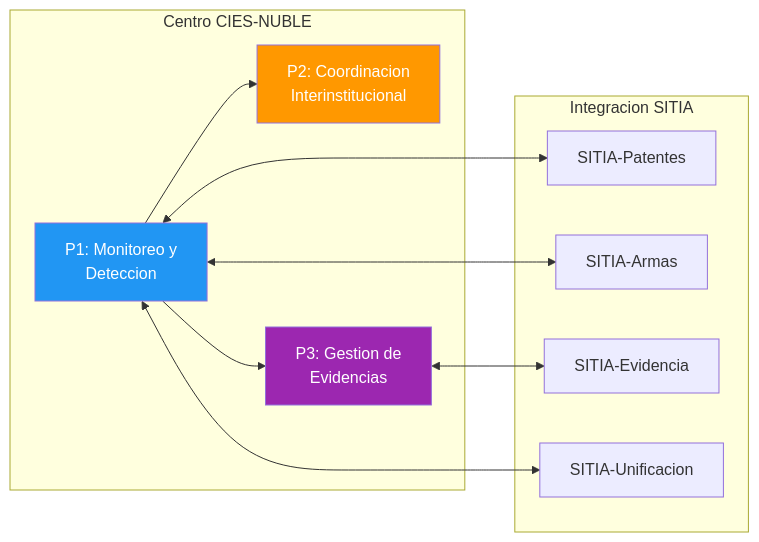
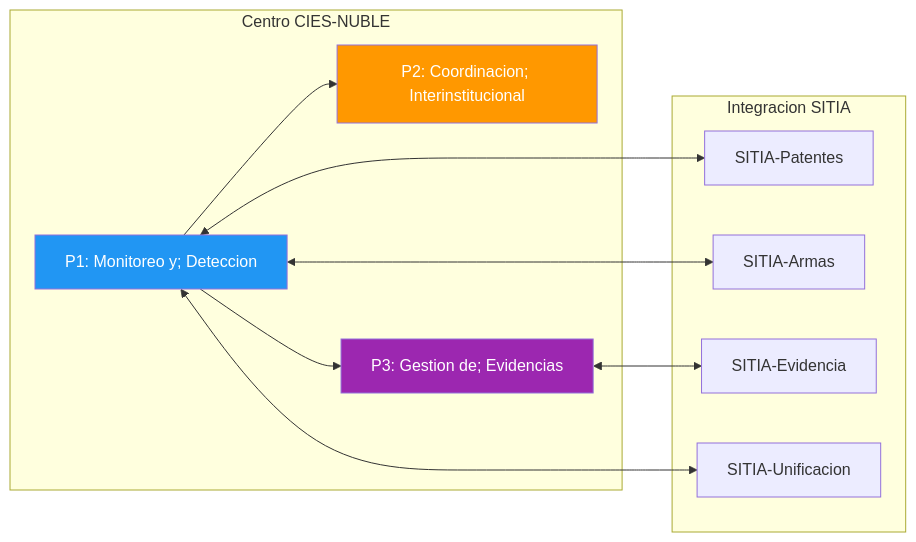
Before and after one commit to felix-antonio-sl/kora: the first of 8 diagrams in KNOWLEDGE/gn/kb/bpmn-cies-sitia.md, drawn with Mermaid. The commit also changed other lines of this file and 1034 other files, not shown here.

````diff
--- a/KNOWLEDGE/gn/kb/bpmn-cies-sitia.md
+++ b/KNOWLEDGE/gn/kb/bpmn-cies-sitia.md
@@ -30,24 +39,24 @@
 ```mermaid
 flowchart LR
-    subgraph CIES["Centro CIES-NUBLE"]
-        P1["P1: Monitoreo y<br/>Deteccion"]
-        P2["P2: Coordinacion<br/>Interinstitucional"]
-        P3["P3: Gestion de<br/>Evidencias"]
-    end
+ subgraph CIES["Centro CIES-NUBLE"]
+ P1["P1: Monitoreo y; Deteccion"]
+ P2["P2: Coordinacion; Interinstitucional"]
+ P3["P3: Gestion de; Evidencias"]
+ end
 
-    subgraph SITIA["Integracion SITIA"]
-        S1["SITIA-Patentes"]
-        S2["SITIA-Armas"]
-        S3["SITIA-Evidencia"]
-        S4["SITIA-Unificacion"]
-    end
+ subgraph SITIA["Integracion SITIA"]
+ S1["SITIA-Patentes"]
+ S2["SITIA-Armas"]
+ S3["SITIA-Evidencia"]
+ S4["SITIA-Unificacion"]
+ end
 
-    P1 --> P2
-    P1 --> P3
-    P1 <--> S1 & S2 & S4
-    P3 <--> S3
+ P1 --> P2
+ P1 --> P3
+ P1 <--> S1 & S2 & S4
+ P3 <--> S3
 
-    style P1 fill:#2196F3,color:#fff
-    style P2 fill:#FF9800,color:#fff
-    style P3 fill:#9C27B0,color:#fff
+ style P1 fill:#2196F3,color:#fff
+ style P2 fill:#FF9800,color:#fff
+ style P3 fill:#9C27B0,color:#fff
 ```
````
